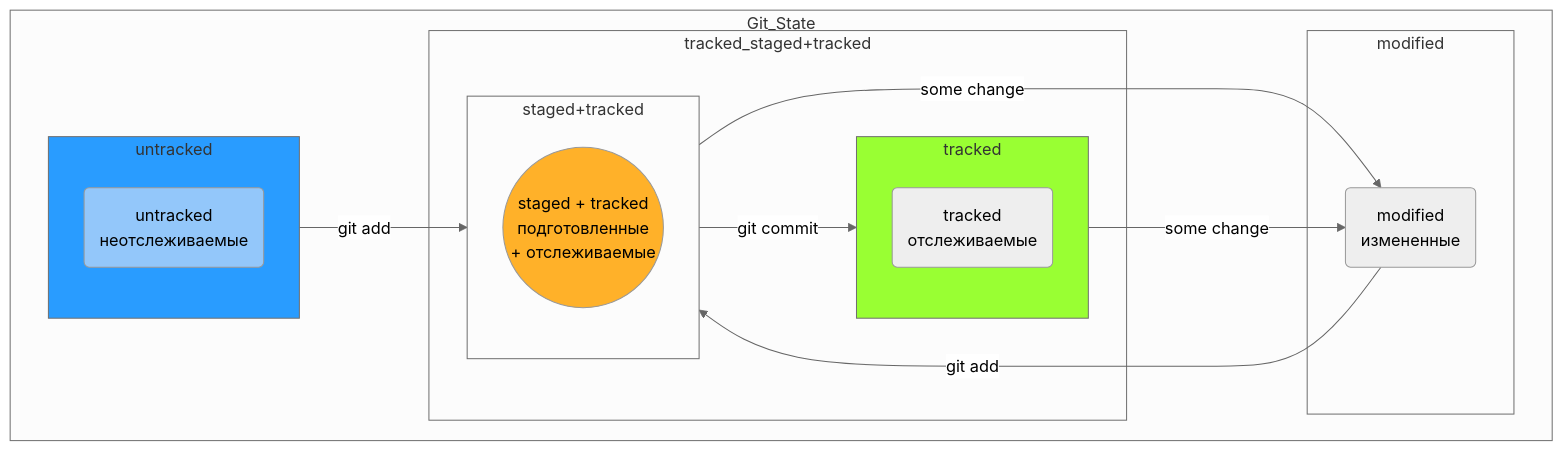
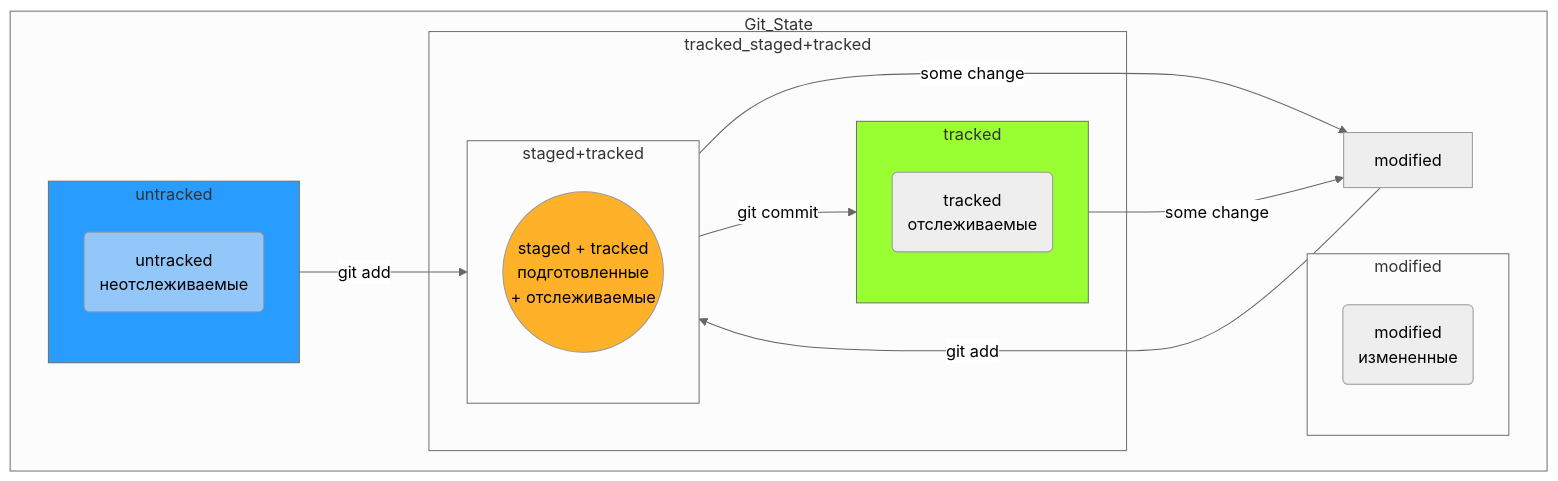
Before and after one commit to AleksandrVakarin/GitInstructionMermaid: the diagram in README.md, drawn with Mermaid (neutral theme).

````diff
--- a/README.md
+++ b/README.md
@@ -93,44 +93,44 @@
 ```mermaid
 flowchart TD;
 	
 	stgd((staged + tracked<br>подготовленные<br> + отслеживаемые))
 	mdf(modified<br>измененные)
 	untr(untracked<br>неотслеживаемые)
 	trcd(tracked<br>отслеживаемые)
 
 
 	subgraph Git_State
 
 		subgraph untracked
 			untr
 		end
 
 		subgraph modified 
 			mdf
 		end
 
 		subgraph tracked_staged+tracked
 
 			subgraph tracked
 				trcd
 			end
 
 			subgraph staged+tracked
 				stgd
 			end
 
 		end
 
 	
 		untracked-- git add -->staged+tracked
-		mdf-- git add --> staged+tracked
-		staged+tracked-- some change -->mdf
+		modified-- git add -->staged+tracked
+		staged+tracked-- some change -->modified
 		staged+tracked-- git commit -->tracked
-		tracked-- some change -->mdf
+		tracked-- some change -->modified
 	end
 
 	style stgd fill: #FFB129
 	style untr fill: #93C7FA
 	style untracked fill: #299CFF
 	style tracked fill: #99FF33
 ```
````
